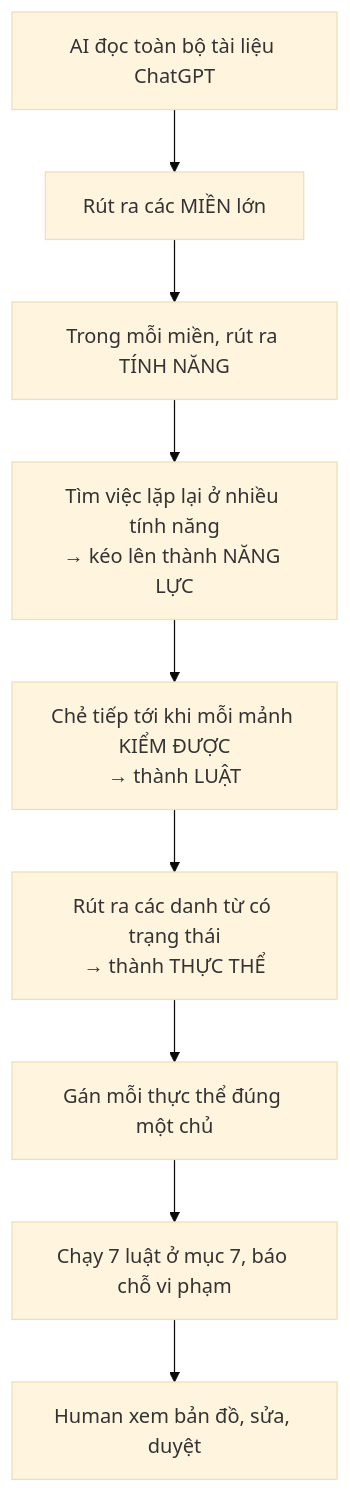
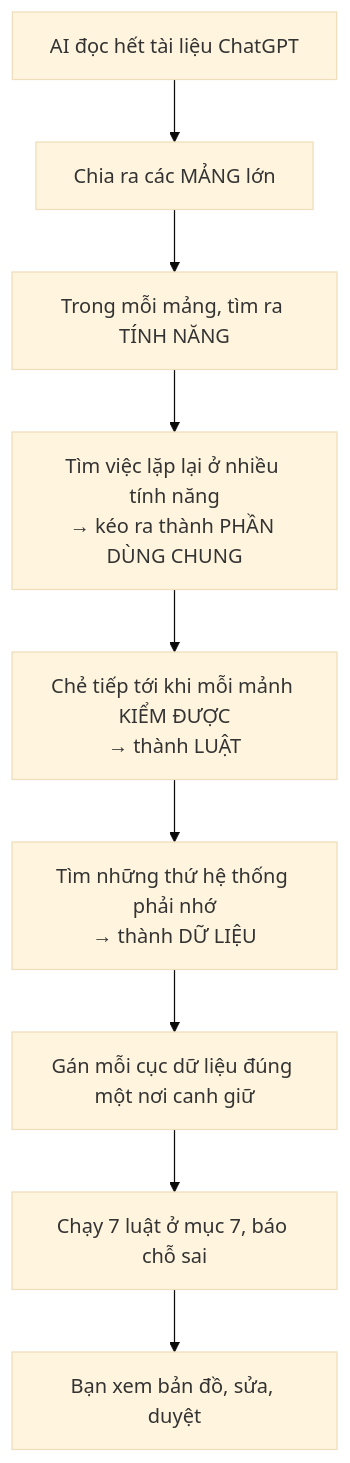
One commit to Kynderis/kendrick-ai-tools changed the seventh of 7 diagrams in design/04-BAN-DO-NGHIEP-VU.md. Above: the diagram before and after it, drawn with Mermaid (base theme). The commit also changed other lines of this file and 1 other file, not shown here.

````diff
--- a/design/04-BAN-DO-NGHIEP-VU.md
+++ b/design/04-BAN-DO-NGHIEP-VU.md
@@ -481,11 +406,11 @@
 ```mermaid
 flowchart TD
-    A["AI đọc toàn bộ tài liệu ChatGPT"] --> B["Rút ra các MIỀN lớn"]
-    B --> C["Trong mỗi miền, rút ra TÍNH NĂNG"]
-    C --> D["Tìm việc lặp lại ở nhiều tính năng<br/>→ kéo lên thành NĂNG LỰC"]
+    A["AI đọc hết tài liệu ChatGPT"] --> B["Chia ra các MẢNG lớn"]
+    B --> C["Trong mỗi mảng, tìm ra TÍNH NĂNG"]
+    C --> D["Tìm việc lặp lại ở nhiều tính năng<br/>→ kéo ra thành PHẦN DÙNG CHUNG"]
     D --> E["Chẻ tiếp tới khi mỗi mảnh KIỂM ĐƯỢC<br/>→ thành LUẬT"]
-    E --> F["Rút ra các danh từ có trạng thái<br/>→ thành THỰC THỂ"]
-    F --> G["Gán mỗi thực thể đúng một chủ"]
-    G --> H["Chạy 7 luật ở mục 7, báo chỗ vi phạm"]
-    H --> I["Human xem bản đồ, sửa, duyệt"]
+    E --> F["Tìm những thứ hệ thống phải nhớ<br/>→ thành DỮ LIỆU"]
+    F --> G["Gán mỗi cục dữ liệu đúng một nơi canh giữ"]
+    G --> H["Chạy 7 luật ở mục 7, báo chỗ sai"]
+    H --> I["Bạn xem bản đồ, sửa, duyệt"]
 ```
````
